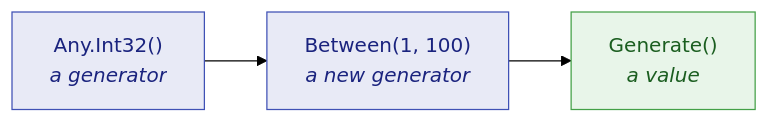
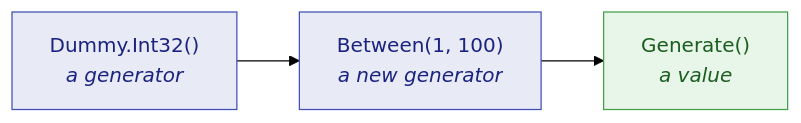
Before and after one commit to Reefact/just-dummies: the diagram in doc/handwritten/for-users/guides/getting-started.en.md, drawn with Mermaid (forest theme). The commit also changed other lines of this file and 755 other files, not shown here.

````diff
--- a/doc/handwritten/for-users/guides/getting-started.en.md
+++ b/doc/handwritten/for-users/guides/getting-started.en.md
@@ -63,10 +63,10 @@
 ```mermaid
 flowchart LR
     accTitle: From a generator to a drawn value
-    accDescr: Any.Int32() gives a generator, Between(1, 100) gives a new generator, and Generate() gives a value.
-    A["Any.Int32()<br/><i>a generator</i>"] --> B["Between(1, 100)<br/><i>a new generator</i>"]
+    accDescr: Dummy.Int32() gives a generator, Between(1, 100) gives a new generator, and Generate() gives a value.
+    A["Dummy.Int32()<br/><i>a generator</i>"] --> B["Between(1, 100)<br/><i>a new generator</i>"]
     B --> C["Generate()<br/><i>a value</i>"]
     style A fill:#e8eaf6,stroke:#3f51b5,color:#1a237e
     style B fill:#e8eaf6,stroke:#3f51b5,color:#1a237e
     style C fill:#e8f5e9,stroke:#43a047,color:#1b5e20
 ```
````
